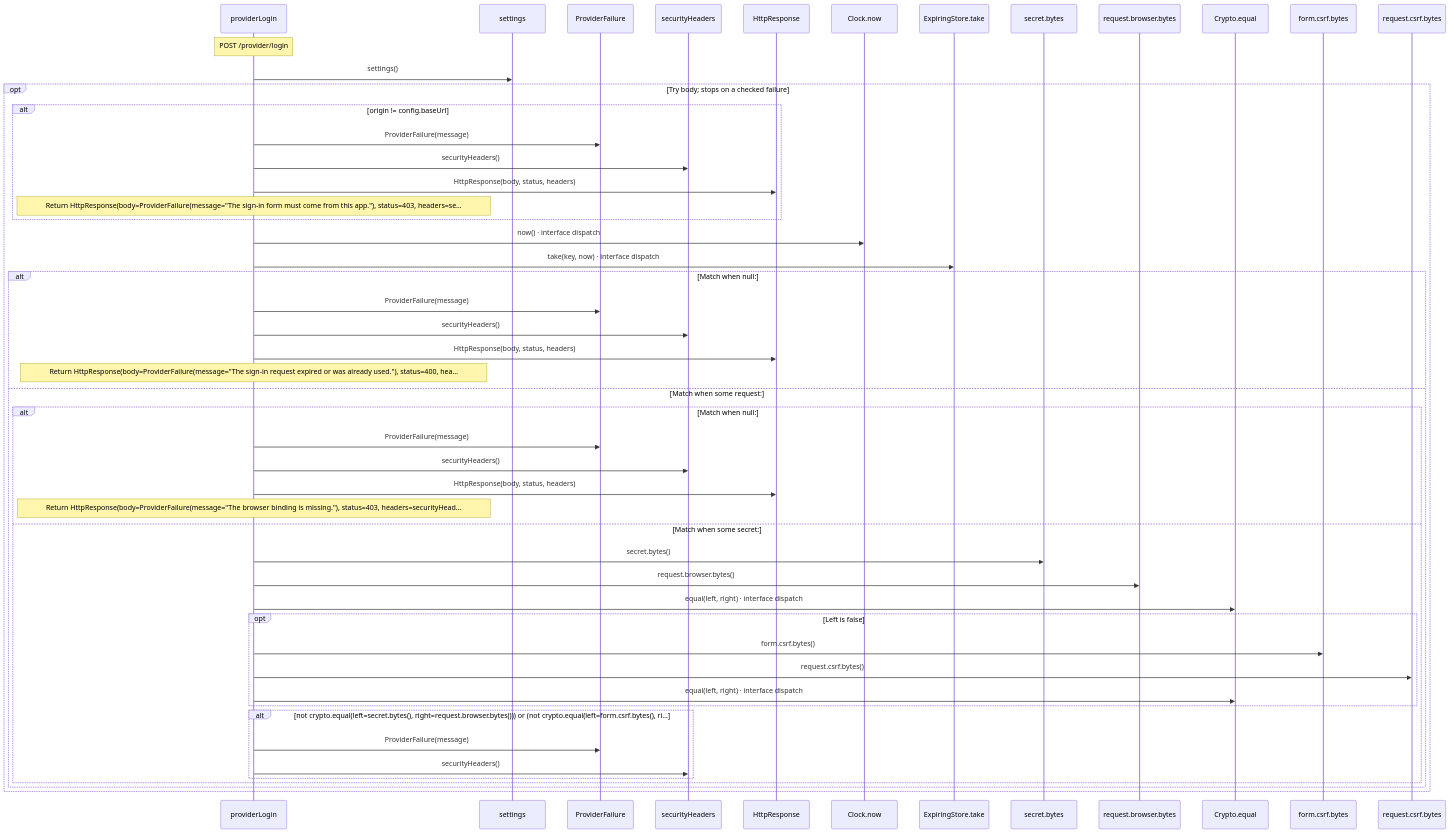
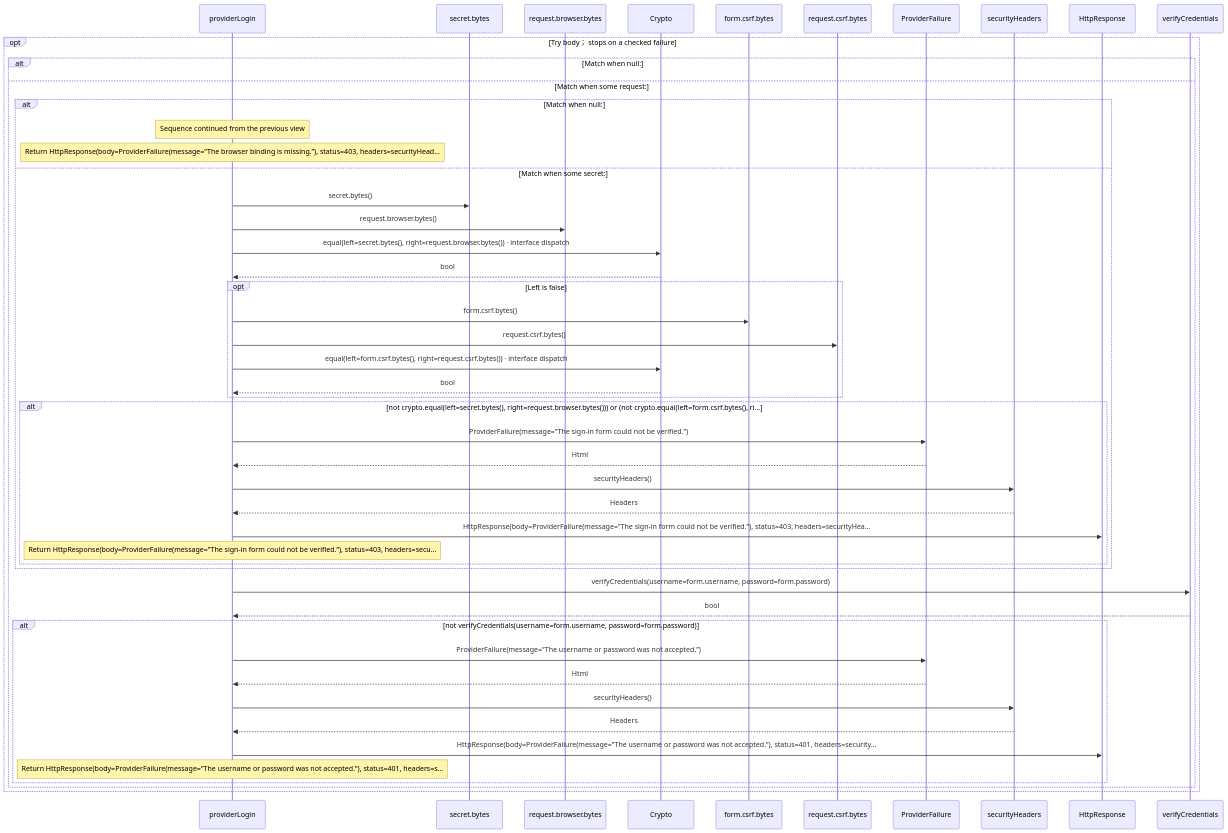
Before and after one commit to GreenPandaStudios/augscript: the seventh of 9 diagrams in docs/examples/oidc-login/provider/authorization-diagrams.md, drawn with Mermaid. The commit also changed other lines of this file and 524 other files, not shown here.

Commit message:
Explain checked data flow at folder and service levels

````diff
--- a/docs/examples/oidc-login/provider/authorization-diagrams.md
+++ b/docs/examples/oidc-login/provider/authorization-diagrams.md
@@ -218,53 +284,51 @@
 ```mermaid
 sequenceDiagram
     participant p0 as providerLogin
-    participant p1 as settings
-    participant p2 as ProviderFailure
-    participant p3 as securityHeaders
-    participant p4 as HttpResponse
-    participant p5 as Clock.now
-    participant p6 as ExpiringStore.take
-    participant p7 as secret.bytes
-    participant p8 as request.browser.bytes
-    participant p9 as Crypto.equal
-    participant p10 as form.csrf.bytes
-    participant p11 as request.csrf.bytes
-    Note over p0: POST /provider/login
-    p0->>p1: settings()
-    opt Try body#59; stops on a checked failure
-    alt origin != config.baseUrl
-    p0->>p2: ProviderFailure(message)
-    p0->>p3: securityHeaders()
-    p0->>p4: HttpResponse(body, status, headers)
-    Note over p0: Return HttpResponse(body=ProviderFailure(message=#34;The sign-in form must come from this app.#34;), status=403, headers=se…
-    end
-    p0->>p5: now() · interface dispatch
-    p0->>p6: take(key, now) · interface dispatch
+    participant p1 as secret.bytes
+    participant p2 as request.browser.bytes
+    participant p3 as Crypto
+    participant p4 as form.csrf.bytes
+    participant p5 as request.csrf.bytes
+    participant p6 as ProviderFailure
+    participant p7 as securityHeaders
+    participant p8 as HttpResponse
+    participant p9 as verifyCredentials
+    opt Try body； stops on a checked failure
     alt Match when null:
-    p0->>p2: ProviderFailure(message)
-    p0->>p3: securityHeaders()
-    p0->>p4: HttpResponse(body, status, headers)
-    Note over p0: Return HttpResponse(body=ProviderFailure(message=#34;The sign-in request expired or was already used.#34;), status=400, hea…
     else Match when some request:
     alt Match when null:
-    p0->>p2: ProviderFailure(message)
-    p0->>p3: securityHeaders()
-    p0->>p4: HttpResponse(body, status, headers)
-    Note over p0: Return HttpResponse(body=ProviderFailure(message=#34;The browser binding is missing.#34;), status=403, headers=securityHead…
+    Note over p0: Sequence continued from the previous view
+    Note over p0: Return HttpResponse(body=ProviderFailure(message=”The browser binding is missing.”), status=403, headers=securityHead…
     else Match when some secret:
-    p0->>p7: secret.bytes()
-    p0->>p8: request.browser.bytes()
-    p0->>p9: equal(left, right) · interface dispatch
+    p0->>p1: secret.bytes()
+    p0->>p2: request.browser.bytes()
+    p0->>p3: equal(left=secret.bytes(), right=request.browser.bytes()) · interface dispatch
+    p3-->>p0: bool
     opt Left is false
-    p0->>p10: form.csrf.bytes()
-    p0->>p11: request.csrf.bytes()
-    p0->>p9: equal(left, right) · interface dispatch
+    p0->>p4: form.csrf.bytes()
+    p0->>p5: request.csrf.bytes()
+    p0->>p3: equal(left=form.csrf.bytes(), right=request.csrf.bytes()) · interface dispatch
+    p3-->>p0: bool
     end
     alt not crypto.equal(left=secret.bytes(), right=request.browser.bytes())) or (not crypto.equal(left=form.csrf.bytes(), ri…
-    p0->>p2: ProviderFailure(message)
-    p0->>p3: securityHeaders()
+    p0->>p6: ProviderFailure(message=”The sign-in form could not be verified.”)
+    p6-->>p0: Html
+    p0->>p7: securityHeaders()
+    p7-->>p0: Headers
+    p0->>p8: HttpResponse(body=ProviderFailure(message=”The sign-in form could not be verified.”), status=403, headers=securityHea…
+    Note over p0: Return HttpResponse(body=ProviderFailure(message=”The sign-in form could not be verified.”), status=403, headers=secu…
     end
+    end
+    p0->>p9: verifyCredentials(username=form.username, password=form.password)
+    p9-->>p0: bool
+    alt not verifyCredentials(username=form.username, password=form.password)
+    p0->>p6: ProviderFailure(message=”The username or password was not accepted.”)
+    p6-->>p0: Html
+    p0->>p7: securityHeaders()
+    p7-->>p0: Headers
+    p0->>p8: HttpResponse(body=ProviderFailure(message=”The username or password was not accepted.”), status=401, headers=security…
+    Note over p0: Return HttpResponse(body=ProviderFailure(message=”The username or password was not accepted.”), status=401, headers=s…
     end
     end
     end
 ```
````
